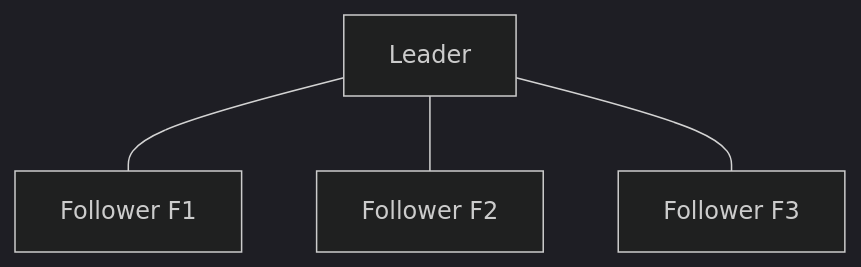
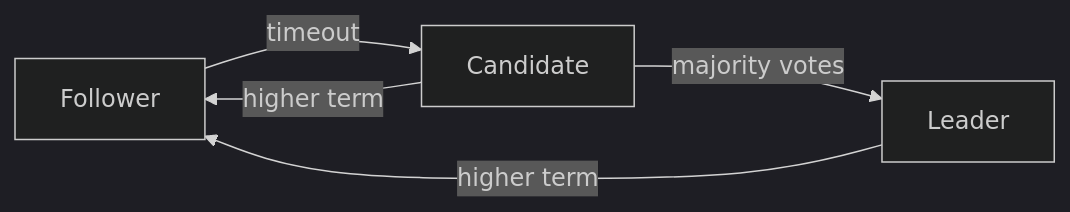
Diagram 35 of 43 in 05-distributed-databases/README.md (hareramcse/SystemDesign), drawn with Mermaid (dark theme) before and after one commit. The commit also changed other lines of this file and 14 other files, not shown here.

````diff
--- a/05-distributed-databases/README.md
+++ b/05-distributed-databases/README.md
@@ -4350,7 +2397,7 @@
 ```mermaid
-flowchart TB
-    L[Leader]
-    L --- F1[Follower F1]
-    L --- F2[Follower F2]
-    L --- F3[Follower F3]
+flowchart LR
+    F[Follower] -->|timeout| Cand[Candidate]
+    Cand -->|majority votes| L[Leader]
+    Cand -->|higher term| F
+    L -->|higher term| F
 ```
````
